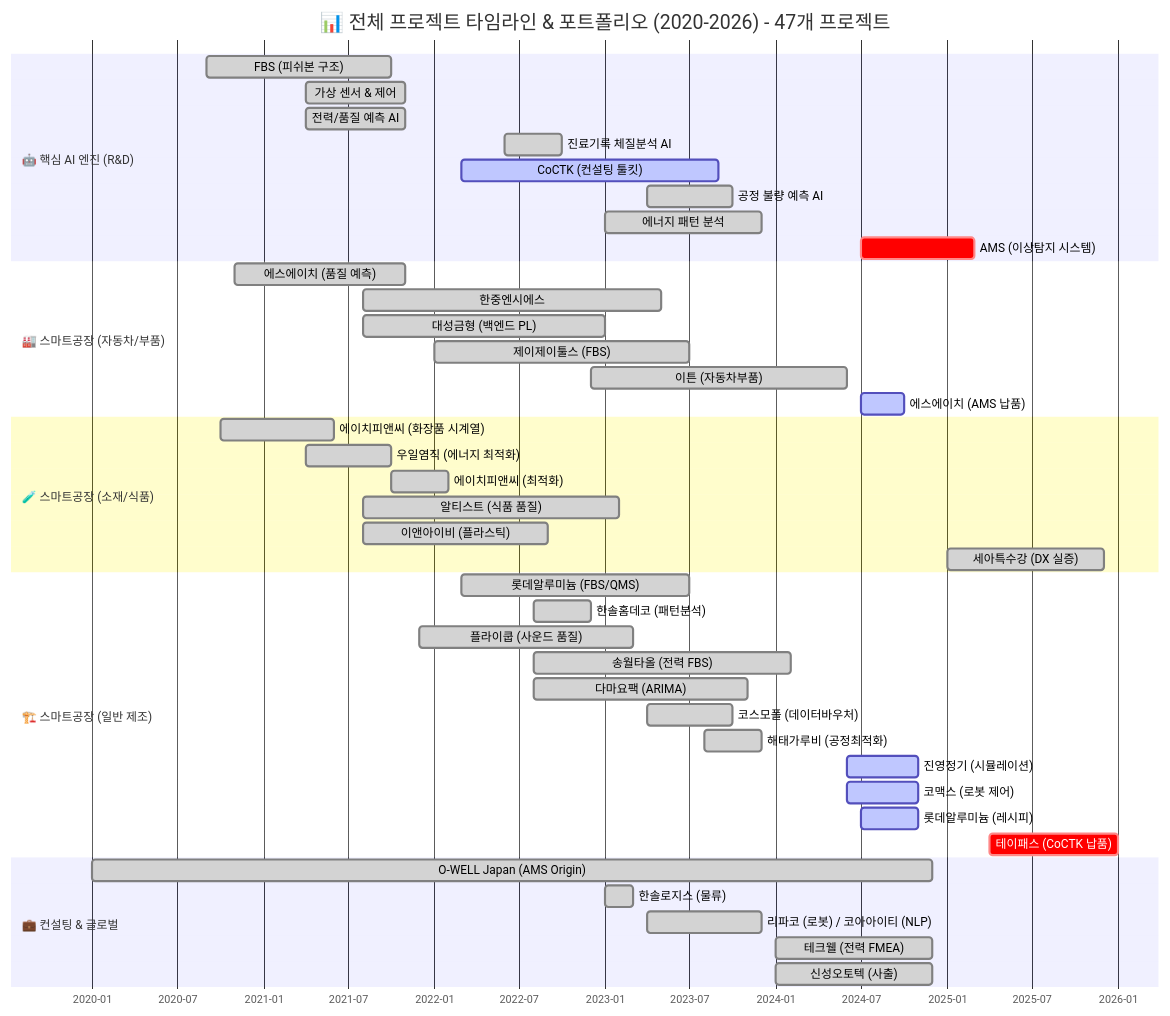
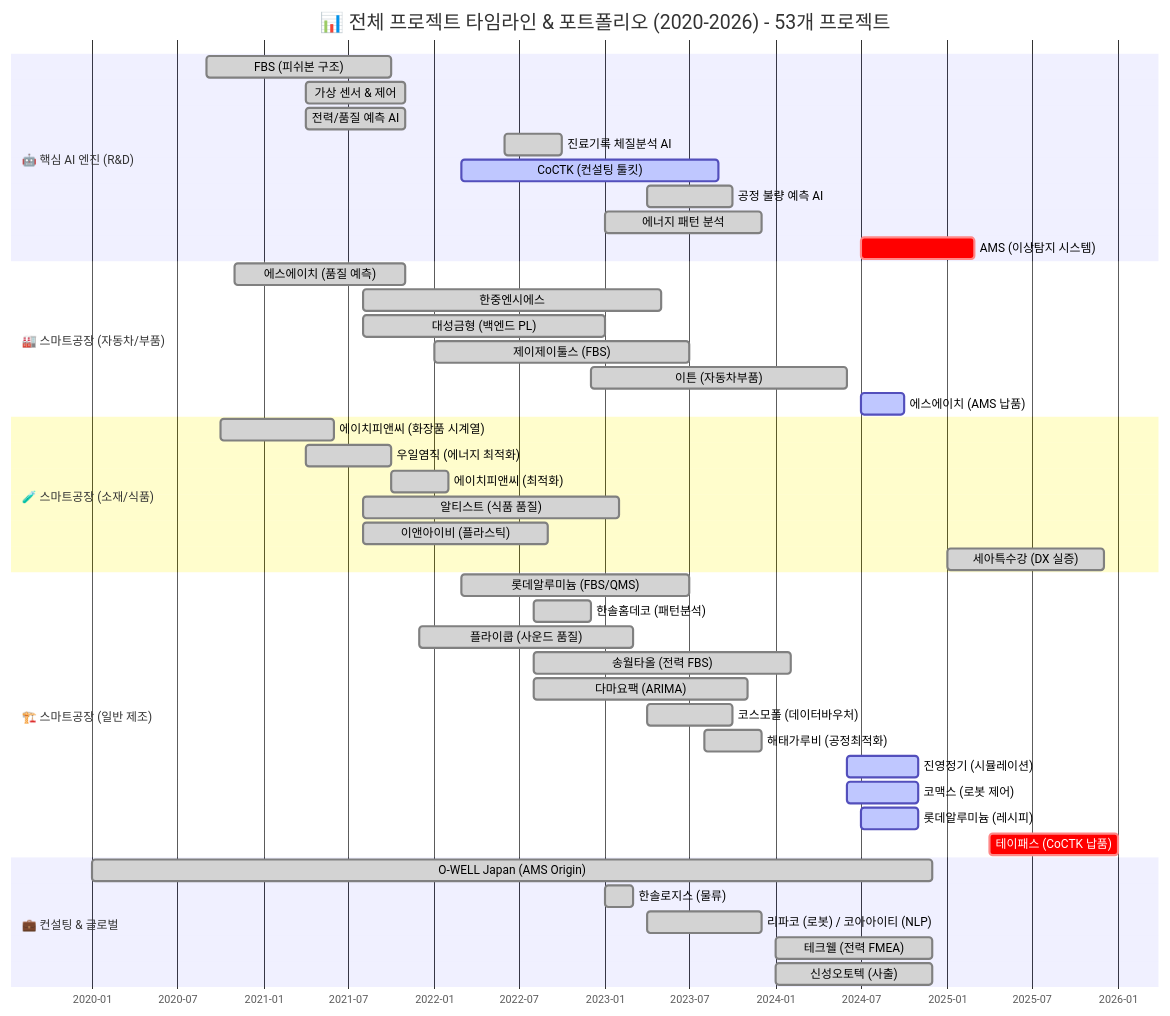
The first of 16 diagrams in portfolio/portfolio_docs/02_Projects_Overview.md (moobaek/Testing_AI_agents_for_public_use), drawn with Mermaid before and after one commit. The commit also changed other lines of this file and 38 other files, not shown here.

First line of the commit message:
포트폴리오 업데이트: 프로젝트 수 정정 (53개+) 및 중복 프로젝트 제거

````diff
--- a/portfolio/portfolio_docs/02_Projects_Overview.md
+++ b/portfolio/portfolio_docs/02_Projects_Overview.md
@@ -11,53 +11,53 @@
 ```mermaid
 gantt
-    title 📊 전체 프로젝트 타임라인 & 포트폴리오 (2020-2026) - 47개 프로젝트
+    title 📊 전체 프로젝트 타임라인 & 포트폴리오 (2020-2026) - 53개 프로젝트
     dateFormat  YYYY-MM
     axisFormat  %Y-%m
     tickInterval 6month
 
     section 🤖 핵심 AI 엔진 (R&D)
     FBS (피쉬본 구조)              :done,    r1, 2020-09, 2021-10
     가상 센서 & 제어               :done,    r2, 2021-04, 2021-11
     전력/품질 예측 AI              :done,    r3, 2021-04, 2021-11
     진료기록 체질분석 AI           :done,    r4, 2022-06, 2022-10
     CoCTK (컨설팅 툴킷)          :active,  r5, 2022-03, 2023-09
     공정 불량 예측 AI              :done,    r6, 2023-04, 2023-10
     에너지 패턴 분석               :done,    r7, 2023-01, 2023-12
     AMS (이상탐지 시스템)          :crit,    r8, 2024-07, 2025-03
 
     section 🏭 스마트공장 (자동차/부품)
     에스에이치 (품질 예측)         :done,    sf1, 2020-11, 2021-11
     한중엔시에스                   :done,    sf2, 2021-08, 2023-05
     대성금형 (백엔드 PL)           :done,    sf3, 2021-08, 2023-01
     제이제이툴스 (FBS)             :done,    sf4, 2022-01, 2023-07
     이튼 (자동차부품)              :done,    sf5, 2022-12, 2024-06
     에스에이치 (AMS 납품)          :active,  sf6, 2024-07, 2024-10
 
     section 🧪 스마트공장 (소재/식품)
     에이치피앤씨 (화장품 시계열)   :done,    sf7, 2020-10, 2021-06
     우일염직 (에너지 최적화)       :done,    sf8, 2021-04, 2021-10
     에이치피앤씨 (최적화)          :done,    sf9, 2021-10, 2022-02
     알티스트 (식품 품질)           :done,    sf10, 2021-08, 2023-02
     이앤아이비 (플라스틱)          :done,    sf11, 2021-08, 2022-09
     세아특수강 (DX 실증)           :done,    sf12, 2025-01, 2025-12
 
     section 🏗️ 스마트공장 (일반 제조)
     롯데알루미늄 (FBS/QMS)         :done,    sf13, 2022-03, 2023-07
     한솔홈데코 (패턴분석)          :done,    sf14, 2022-08, 2022-12
     플라이쿱 (사운드 품질)         :done,    sf15, 2021-12, 2023-03
     송월타올 (전력 FBS)            :done,    sf16, 2022-08, 2024-02
     다마요팩 (ARIMA)               :done,    sf17, 2022-08, 2023-11
     코스모폴 (데이터바우처)        :done,    sf18, 2023-04, 2023-10
     해태가루비 (공정최적화)        :done,    sf19, 2023-08, 2023-12
     진영정기 (시뮬레이션)          :active,  sf20, 2024-06, 2024-11
     코맥스 (로봇 제어)             :active,  sf21, 2024-06, 2024-11
     롯데알루미늄 (레시피)          :active,  sf22, 2024-07, 2024-11
     테이패스 (CoCTK 납품)          :crit,    sf23, 2025-04, 2026-01
 
     section 💼 컨설팅 & 글로벌
     O-WELL Japan (AMS Origin)      :done,    c1, 2020-01, 2024-12
     한솔로지스 (물류)              :done,    c2, 2023-01, 2023-03
     리파코 (로봇) / 코아아이티 (NLP)      :done,    c3, 2023-04, 2023-12
     테크웰 (전력 FMEA)             :done,    c4, 2024-01, 2024-12
     신성오토텍 (사출)              :done,    c5, 2024-01, 2024-12
 ```
````
